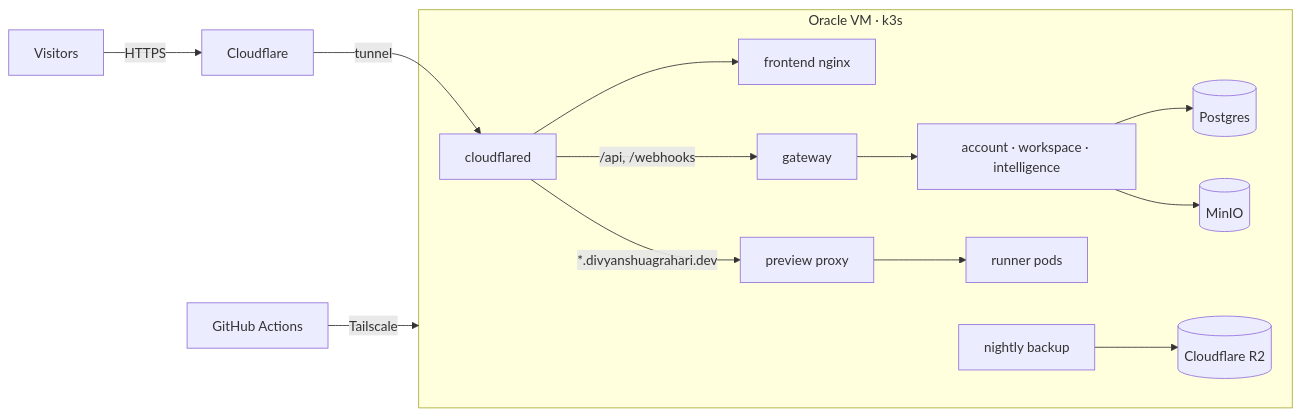
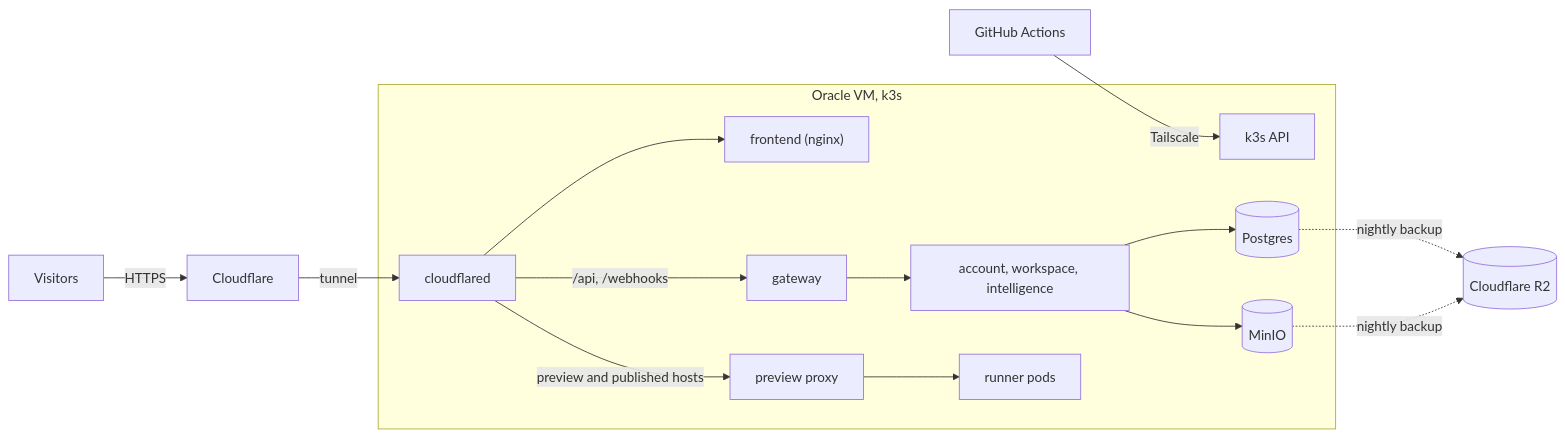
Before and after one commit to Divyanshu2805/singularity: the first of 2 diagrams in docs/deployment.md, drawn with Mermaid. The commit also changed other lines of this file and 8 other files, not shown here.

Commit message:
docs: fix mermaid diagrams and expand README

````diff
--- a/docs/deployment.md
+++ b/docs/deployment.md
@@ -5,16 +5,18 @@
 ```mermaid
 flowchart LR
-    U[Visitors] -->|HTTPS| CF[Cloudflare]
-    CF -->|tunnel| CD[cloudflared]
-    subgraph VM[Oracle VM · k3s]
-        CD --> FE[frontend nginx]
-        CD -->|/api, /webhooks| GW[gateway]
-        CD -->|*.divyanshuagrahari.dev| PX[preview proxy]
-        GW --> SVC[account · workspace · intelligence]
-        SVC --> PG[(Postgres)]
-        SVC --> MN[(MinIO)]
-        PX --> RP[runner pods]
-        BK[nightly backup] --> R2[(Cloudflare R2)]
+    U["Visitors"] -- HTTPS --> CF["Cloudflare"]
+    CF -- tunnel --> CD["cloudflared"]
+    GH["GitHub Actions"] -- Tailscale --> K8S["k3s API"]
+    subgraph vm ["Oracle VM, k3s"]
+        CD --> FE["frontend (nginx)"]
+        CD -- "/api, /webhooks" --> GW["gateway"]
+        CD -- "preview and published hosts" --> PX["preview proxy"]
+        GW --> SVC["account, workspace, intelligence"]
+        SVC --> PG[("Postgres")]
+        SVC --> MN[("MinIO")]
+        PX --> RP["runner pods"]
+        K8S
     end
-    GH[GitHub Actions] -->|Tailscale| VM
+    PG -. nightly backup .-> R2[("Cloudflare R2")]
+    MN -. nightly backup .-> R2
 ```
````
